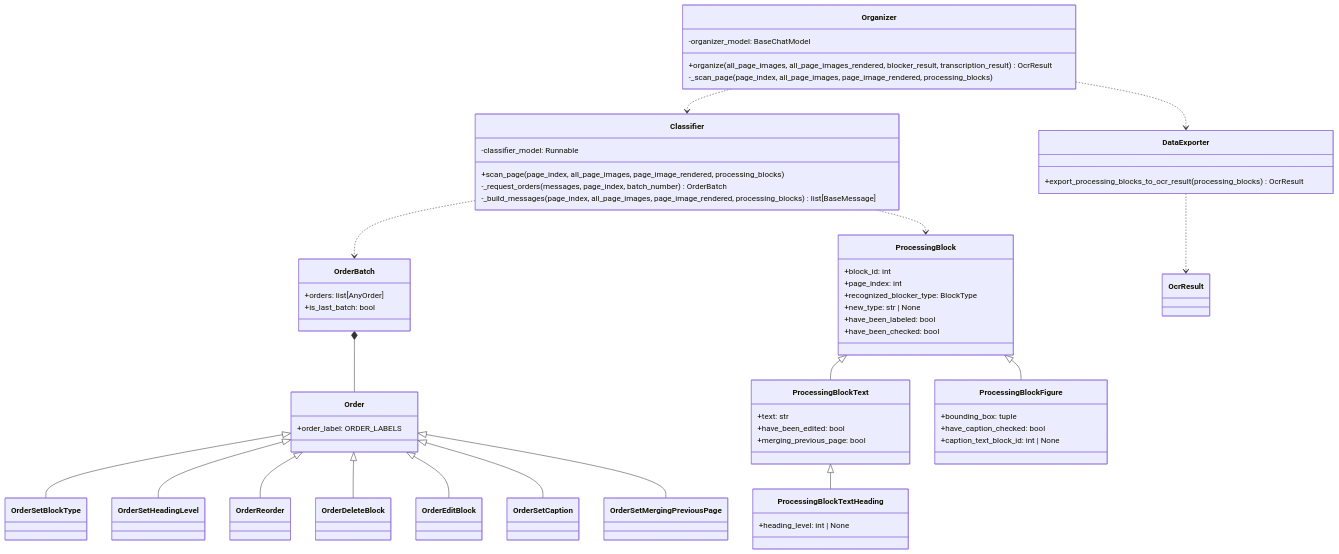
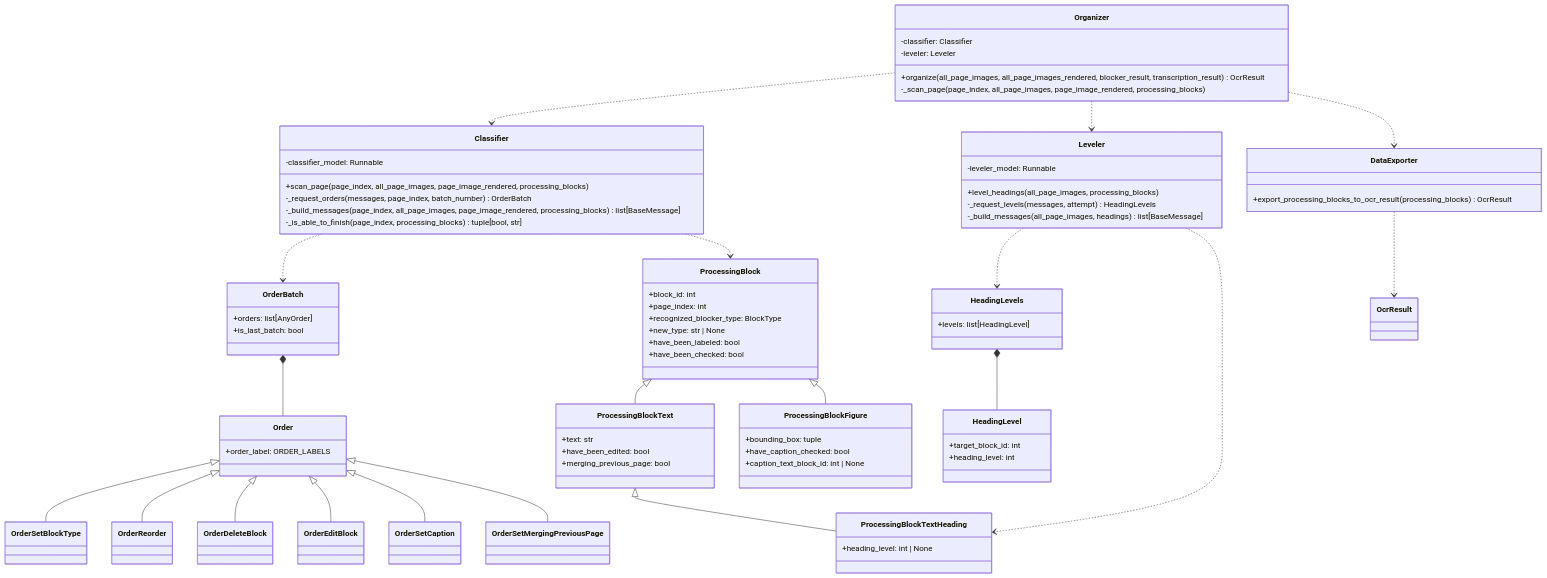
One commit to konbraphat51/SuperSuat changed the first of 3 diagrams in Uploader/OcrModule/Blocked/Docs/StructureOrganizer.ja.md. Above: the diagram before and after it, drawn with Mermaid. The commit also changed other lines of this file and 9 other files, not shown here.

First line of the commit message:
feat: level the document's headings in a Leveler of its own

````diff
--- a/Uploader/OcrModule/Blocked/Docs/StructureOrganizer.ja.md
+++ b/Uploader/OcrModule/Blocked/Docs/StructureOrganizer.ja.md
@@ -12,61 +24,79 @@
 ```mermaid
 classDiagram
     class Organizer {
-        -organizer_model: BaseChatModel
+        -classifier: Classifier
+        -leveler: Leveler
         +organize(all_page_images, all_page_images_rendered, blocker_result, transcription_result) OcrResult
         -_scan_page(page_index, all_page_images, page_image_rendered, processing_blocks)
     }
     class Classifier {
         -classifier_model: Runnable
         +scan_page(page_index, all_page_images, page_image_rendered, processing_blocks)
         -_request_orders(messages, page_index, batch_number) OrderBatch
         -_build_messages(page_index, all_page_images, page_image_rendered, processing_blocks) list[BaseMessage]
+        -_is_able_to_finish(page_index, processing_blocks) tuple[bool, str]
+    }
+    class Leveler {
+        -leveler_model: Runnable
+        +level_headings(all_page_images, processing_blocks)
+        -_request_levels(messages, attempt) HeadingLevels
+        -_build_messages(all_page_images, headings) list[BaseMessage]
     }
     class OrderBatch {
         +orders: list[AnyOrder]
         +is_last_batch: bool
     }
     class Order {
         +order_label: ORDER_LABELS
+    }
+    class HeadingLevels {
+        +levels: list[HeadingLevel]
+    }
+    class HeadingLevel {
+        +target_block_id: int
+        +heading_level: int
     }
     class ProcessingBlock {
         +block_id: int
         +page_index: int
         +recognized_blocker_type: BlockType
         +new_type: str | None
         +have_been_labeled: bool
         +have_been_checked: bool
     }
     class ProcessingBlockText {
         +text: str
         +have_been_edited: bool
         +merging_previous_page: bool
     }
     class ProcessingBlockTextHeading {
         +heading_level: int | None
     }
     class ProcessingBlockFigure {
         +bounding_box: tuple
         +have_caption_checked: bool
         +caption_text_block_id: int | None
     }
     class DataExporter {
         +export_processing_blocks_to_ocr_result(processing_blocks) OcrResult
     }
     Organizer ..> Classifier
+    Organizer ..> Leveler
     Organizer ..> DataExporter
     DataExporter ..> OcrResult
     Classifier ..> OrderBatch
+    Leveler ..> HeadingLevels
+    HeadingLevels *-- HeadingLevel
     OrderBatch *-- Order
     Order <|-- OrderSetBlockType
-    Order <|-- OrderSetHeadingLevel
     Order <|-- OrderReorder
     Order <|-- OrderDeleteBlock
     Order <|-- OrderEditBlock
     Order <|-- OrderSetCaption
     Order <|-- OrderSetMergingPreviousPage
     ProcessingBlock <|-- ProcessingBlockText
     ProcessingBlock <|-- ProcessingBlockFigure
     ProcessingBlockText <|-- ProcessingBlockTextHeading
     Classifier ..> ProcessingBlock
+    Leveler ..> ProcessingBlockTextHeading
 ```
````
